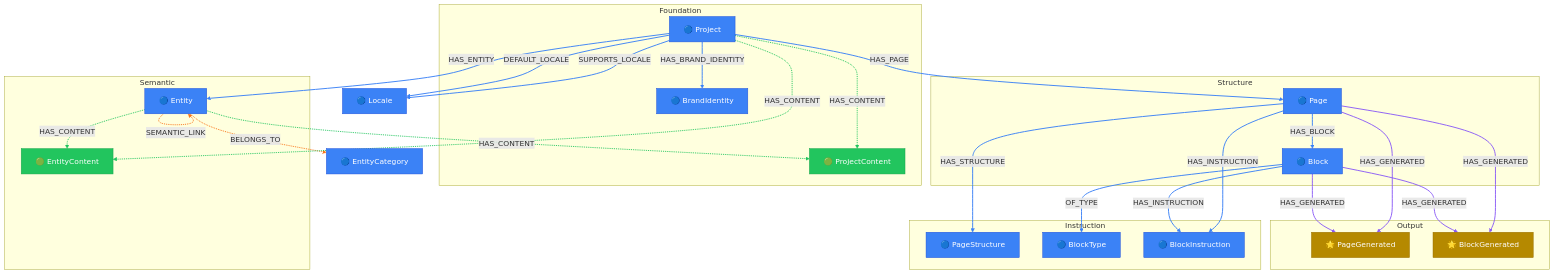
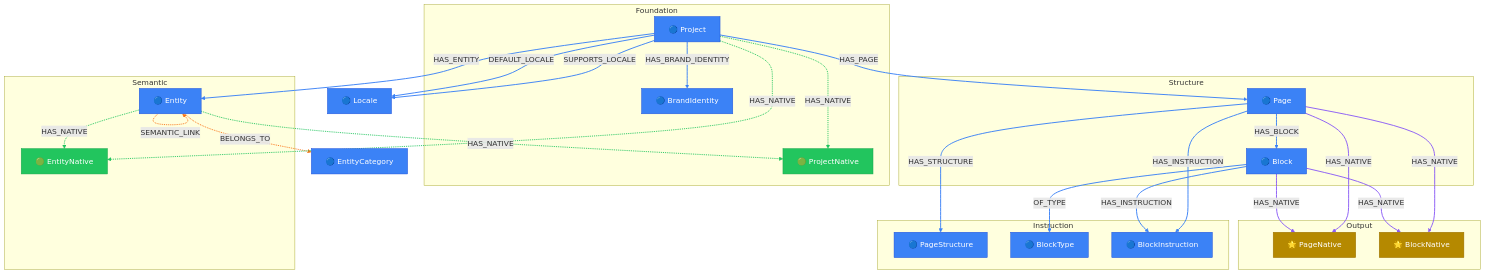
One commit to supernovae-st/novanet changed the diagram in packages/core/models/docs/project-layer.md. Above: the diagram before and after it, drawn with Mermaid. The commit also changed other lines of this file and 113 other files, not shown here.

First line of the commit message:
feat(schema): v0.13.0 *Native migration (ADR-029)

````diff
--- a/packages/core/models/docs/project-layer.md
+++ b/packages/core/models/docs/project-layer.md
@@ -45,7 +45,7 @@
   subgraph FOUNDATION["Foundation"]
     Project["🔵 Project"]
     BrandIdentity["🔵 BrandIdentity"]
-    ProjectContent["🟢 ProjectContent"]
+    ProjectNative["🟢 ProjectNative"]
   end
 
   subgraph STRUCTURE["Structure"]
@@ -55,7 +55,7 @@
 
   subgraph SEMANTIC["Semantic"]
     Entity["🔵 Entity"]
-    EntityContent["🟢 EntityContent"]
+    EntityNative["🟢 EntityNative"]
   end
 
   subgraph INSTRUCTION["Instruction"]
@@ -65,8 +65,8 @@
   end
 
   subgraph OUTPUT["Output"]
-    PageGenerated["🌟 PageGenerated"]
-    BlockGenerated["🌟 BlockGenerated"]
+    PageNative["🌟 PageNative"]
+    BlockNative["🌟 BlockNative"]
   end
 
   %% Additional reachable nodes
@@ -74,23 +74,23 @@
   Locale["🔵 Locale"]
 
   %% Relationships (styled by arc family)
-  Block ==>|HAS_GENERATED| BlockGenerated
-  Block ==>|HAS_GENERATED| PageGenerated
+  Block ==>|HAS_NATIVE| BlockNative
+  Block ==>|HAS_NATIVE| PageNative
   Block -->|HAS_INSTRUCTION| BlockInstruction
   Block -->|OF_TYPE| BlockType
   Entity -.->|BELONGS_TO| EntityCategory
-  Entity -.->|HAS_CONTENT| EntityContent
-  Entity -.->|HAS_CONTENT| ProjectContent
+  Entity -.->|HAS_NATIVE| EntityNative
+  Entity -.->|HAS_NATIVE| ProjectNative
   Entity -.->|SEMANTIC_LINK| Entity
   Page -->|HAS_BLOCK| Block
-  Page ==>|HAS_GENERATED| BlockGenerated
-  Page ==>|HAS_GENERATED| PageGenerated
+  Page ==>|HAS_NATIVE| BlockNative
+  Page ==>|HAS_NATIVE| PageNative
   Page -->|HAS_INSTRUCTION| BlockInstruction
   Page -->|HAS_STRUCTURE| PageStructure
   Project -->|DEFAULT_LOCALE| Locale
   Project -->|HAS_BRAND_IDENTITY| BrandIdentity
-  Project -.->|HAS_CONTENT| EntityContent
-  Project -.->|HAS_CONTENT| ProjectContent
+  Project -.->|HAS_NATIVE| EntityNative
+  Project -.->|HAS_NATIVE| ProjectNative
   Project -->|HAS_ENTITY| Entity
   Project -->|HAS_PAGE| Page
   Project -->|SUPPORTS_LOCALE| Locale
@@ -103,17 +103,17 @@
 
   %% Class assignments
   class Block defined
-  class BlockGenerated generated
+  class BlockNative generated
   class BlockInstruction defined
   class BlockType defined
   class BrandIdentity defined
   class Entity defined
   class EntityCategory defined
-  class EntityContent authored
+  class EntityNative authored
   class Locale defined
   class Page defined
-  class PageGenerated generated
+  class PageNative generated
   class PageStructure defined
   class Project defined
-  class ProjectContent authored
+  class ProjectNative authored
 ```
````
